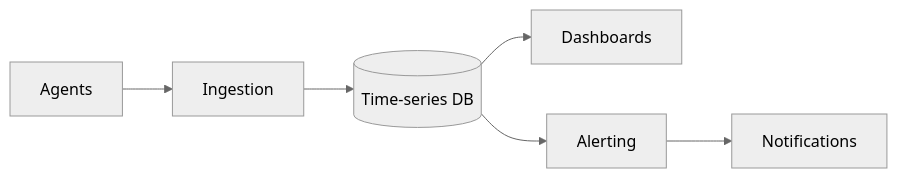
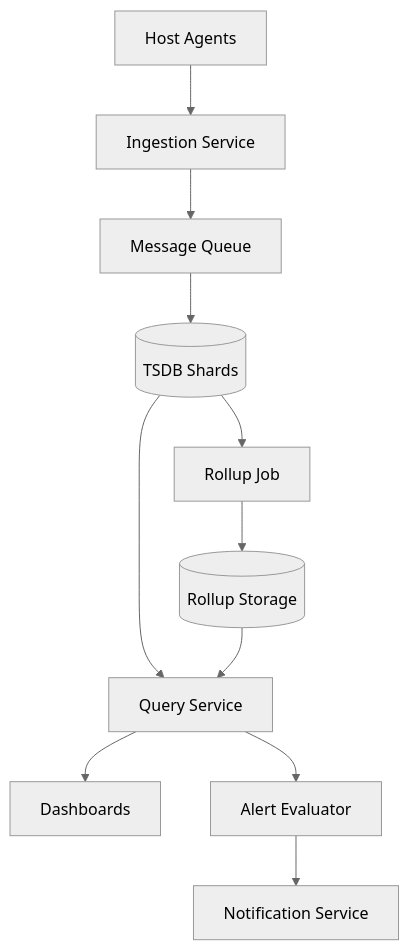
One commit to design-gurus/grokking-system-design changed the first of 2 diagrams in questions/design-metrics-monitoring.md. Above: the diagram before and after it, drawn with Mermaid (neutral theme). The commit also changed other lines of this file and 19 other files, not shown here.

````diff
--- a/questions/design-metrics-monitoring.md
+++ b/questions/design-metrics-monitoring.md
@@ -21,8 +77,13 @@
 ```mermaid
-flowchart LR
-    Agents[Agents] --> Q[Ingestion]
-    Q --> TSDB[(Time-series DB)]
-    TSDB --> Dash[Dashboards]
-    TSDB --> Alert[Alerting]
-    Alert --> Notif[Notifications]
+flowchart TD
+    Agents[Host Agents] --> Ingest[Ingestion Service]
+    Ingest --> Q[Message Queue]
+    Q --> TSDB[(TSDB Shards)]
+    TSDB --> Roll[Rollup Job]
+    Roll --> Cold[(Rollup Storage)]
+    TSDB --> QS[Query Service]
+    Cold --> QS
+    QS --> Dash[Dashboards]
+    QS --> Alert[Alert Evaluator]
+    Alert --> Notif[Notification Service]
 ```
````
